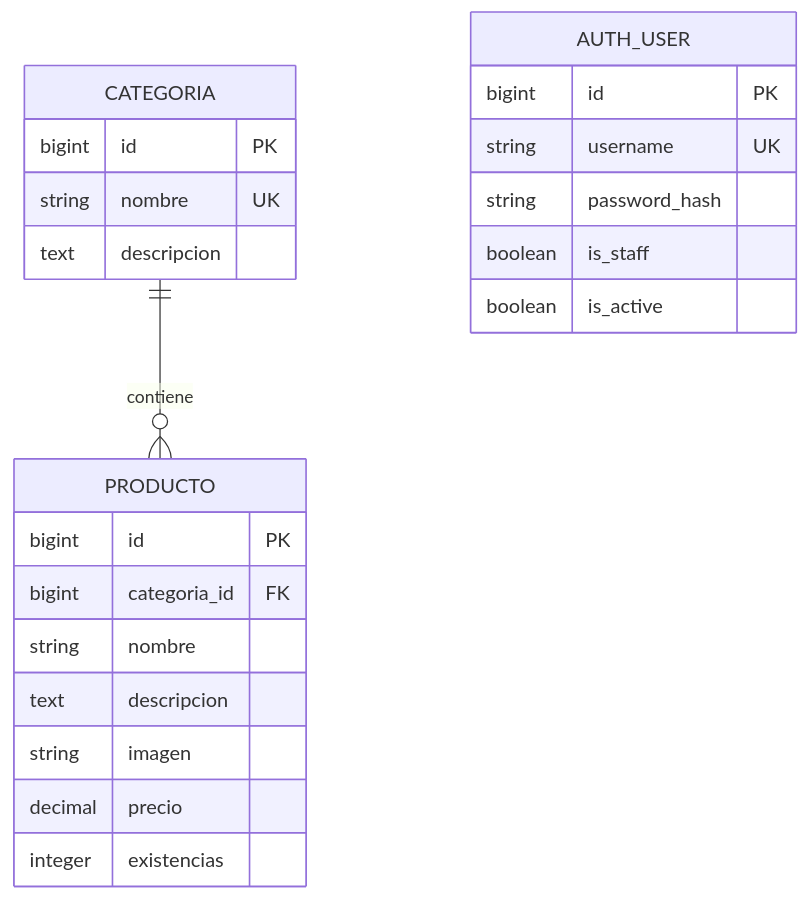
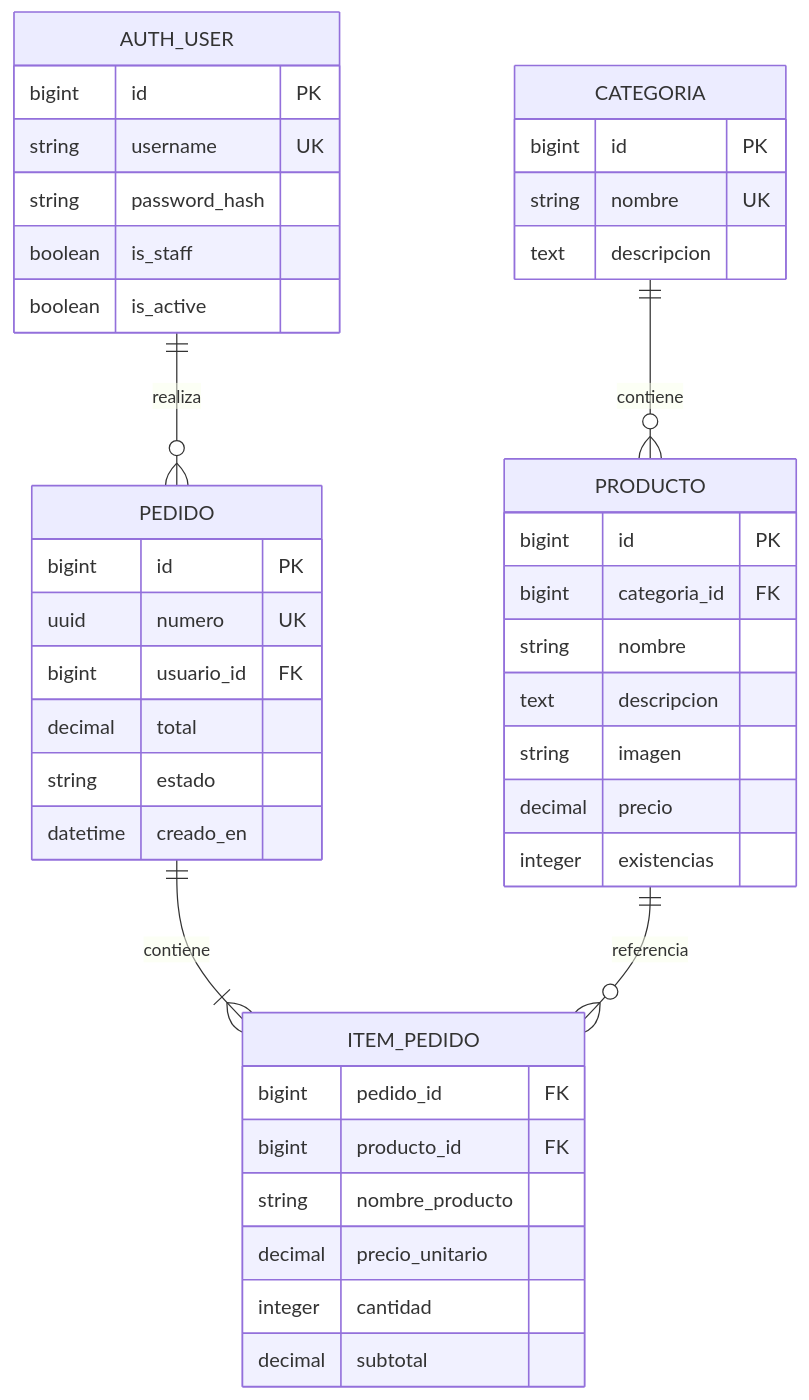
One commit to luxury0101/ZonaShop_Backend changed the third of 3 diagrams in docs/arquitectura.md. Above: the diagram before and after it, drawn with Mermaid. The commit also changed other lines of this file and 9 other files, not shown here.

````diff
--- a/docs/arquitectura.md
+++ b/docs/arquitectura.md
@@ -62,29 +64,50 @@
 ```mermaid
 erDiagram
     CATEGORIA ||--o{ PRODUCTO : contiene
+    AUTH_USER ||--o{ PEDIDO : realiza
+    PEDIDO ||--|{ ITEM_PEDIDO : contiene
+    PRODUCTO ||--o{ ITEM_PEDIDO : referencia
 
     AUTH_USER {
         bigint id PK
         string username UK
         string password_hash
         boolean is_staff
         boolean is_active
     }
 
     CATEGORIA {
         bigint id PK
         string nombre UK
         text descripcion
     }
 
     PRODUCTO {
         bigint id PK
         bigint categoria_id FK
         string nombre
         text descripcion
         string imagen
         decimal precio
         integer existencias
     }
 
+    PEDIDO {
+        bigint id PK
+        uuid numero UK
+        bigint usuario_id FK
+        decimal total
+        string estado
+        datetime creado_en
+    }
+
+    ITEM_PEDIDO {
+        bigint pedido_id FK
+        bigint producto_id FK
+        string nombre_producto
+        decimal precio_unitario
+        integer cantidad
+        decimal subtotal
+    }
+
 ```
````
